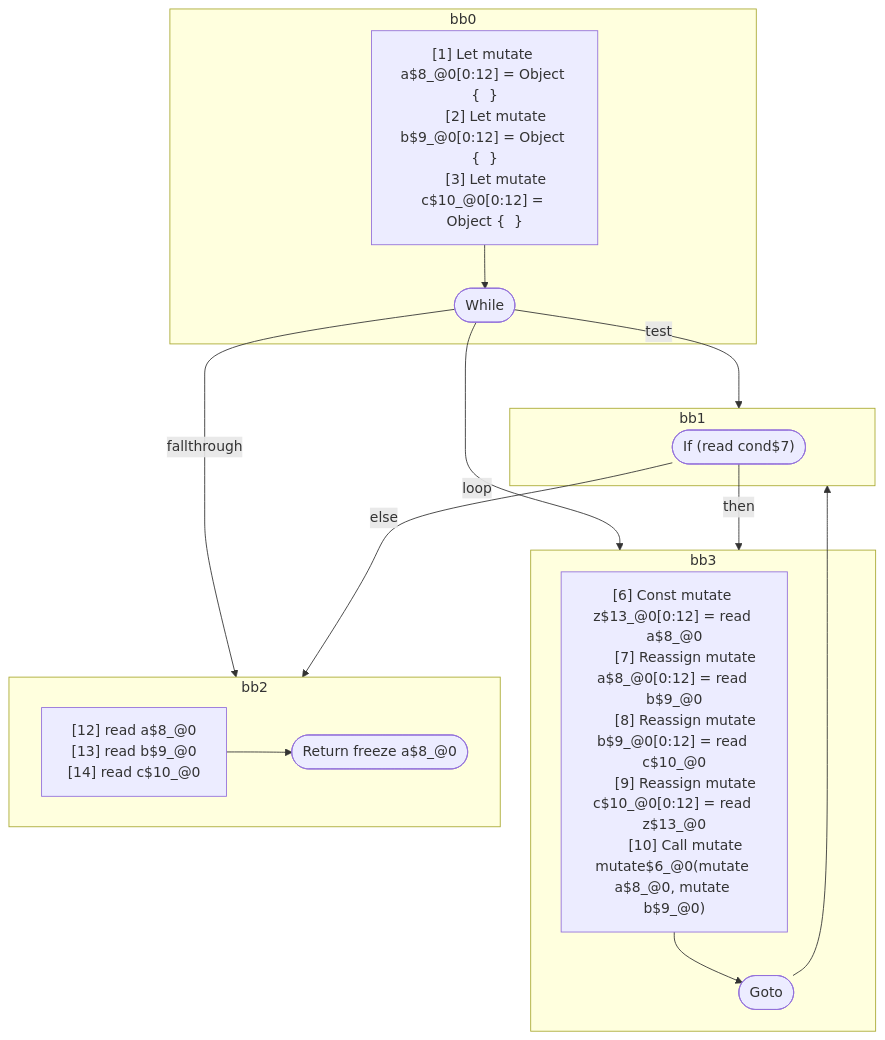
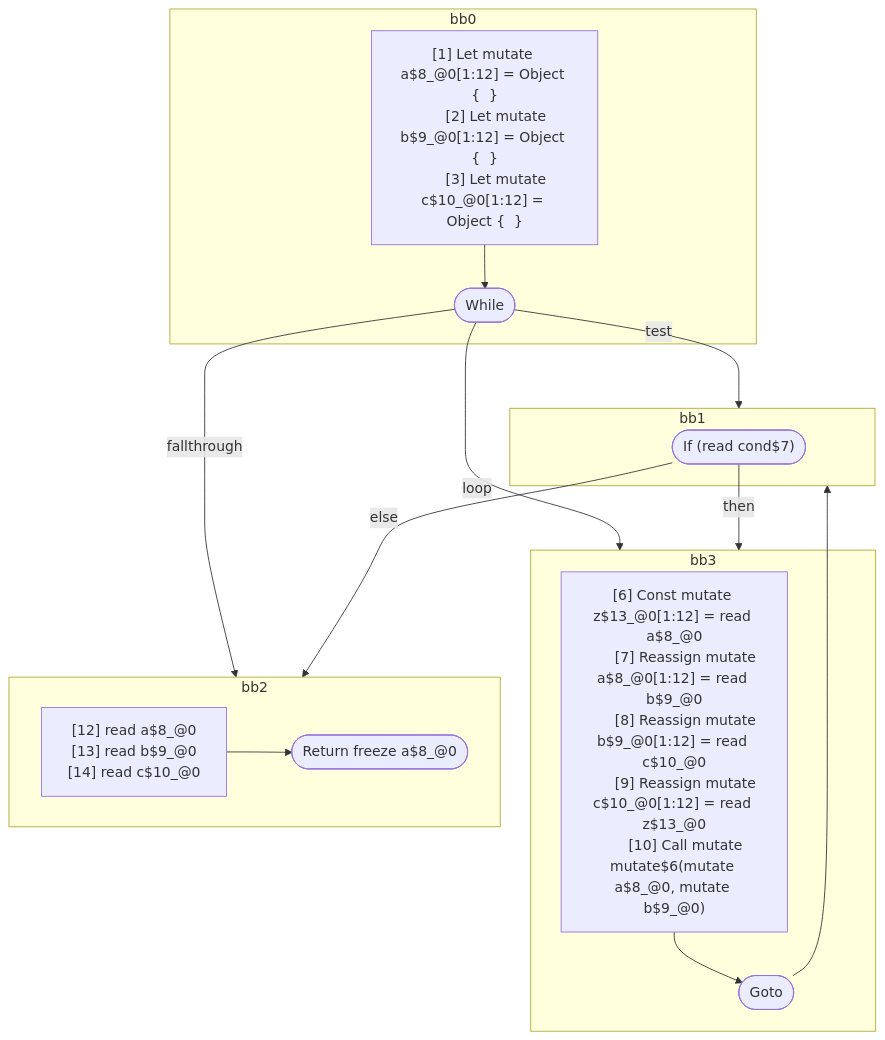
Before and after one commit to wutsmog/private: the first of 2 diagrams in compiler/forget/src/__tests__/fixtures/hir/alias-while.expect.md, drawn with Mermaid. The commit also changed other lines of this file and 100 other files, not shown here.

````diff
--- a/compiler/forget/src/__tests__/fixtures/hir/alias-while.expect.md
+++ b/compiler/forget/src/__tests__/fixtures/hir/alias-while.expect.md
@@ -56,42 +85,42 @@
 ```mermaid
 flowchart TB
   %% Basic Blocks
   subgraph bb0
     bb0_instrs["
-      [1] Let mutate a$8_@0[0:12] = Object {  }
-      [2] Let mutate b$9_@0[0:12] = Object {  }
-      [3] Let mutate c$10_@0[0:12] = Object {  }
+      [1] Let mutate a$8_@0[1:12] = Object {  }
+      [2] Let mutate b$9_@0[1:12] = Object {  }
+      [3] Let mutate c$10_@0[1:12] = Object {  }
     "]
     bb0_instrs --> bb0_terminal(["While"])
   end
   subgraph bb1
     bb1_terminal(["If (read cond$7)"])
   end
   subgraph bb3
     bb3_instrs["
-      [6] Const mutate z$13_@0[0:12] = read a$8_@0
-      [7] Reassign mutate a$8_@0[0:12] = read b$9_@0
-      [8] Reassign mutate b$9_@0[0:12] = read c$10_@0
-      [9] Reassign mutate c$10_@0[0:12] = read z$13_@0
-      [10] Call mutate mutate$6_@0(mutate a$8_@0, mutate b$9_@0)
+      [6] Const mutate z$13_@0[1:12] = read a$8_@0
+      [7] Reassign mutate a$8_@0[1:12] = read b$9_@0
+      [8] Reassign mutate b$9_@0[1:12] = read c$10_@0
+      [9] Reassign mutate c$10_@0[1:12] = read z$13_@0
+      [10] Call mutate mutate$6(mutate a$8_@0, mutate b$9_@0)
     "]
     bb3_instrs --> bb3_terminal(["Goto"])
   end
   subgraph bb2
     bb2_instrs["
       [12] read a$8_@0
       [13] read b$9_@0
       [14] read c$10_@0
     "]
     bb2_instrs --> bb2_terminal(["Return freeze a$8_@0"])
   end
 
   %% Jumps
   bb0_terminal -- "test" --> bb1
   bb0_terminal -- "loop" --> bb3
   bb0_terminal -- "fallthrough" --> bb2
   bb1_terminal -- "then" --> bb3
   bb1_terminal -- "else" --> bb2
   bb3_terminal --> bb1
 
 ```
````
